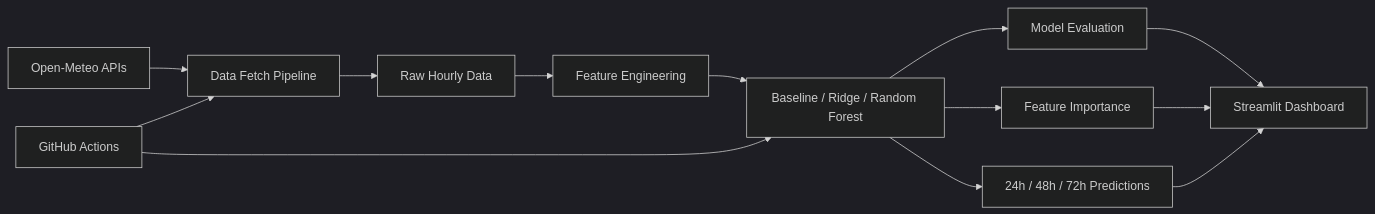
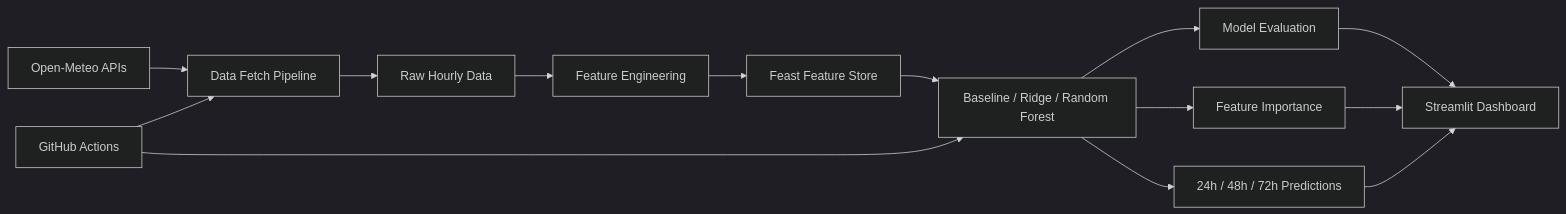
One commit to khizerrizvi12/Pearls-AQI-Predictor changed the diagram in README.md. Above: the diagram before and after it, drawn with Mermaid (dark theme). The commit also changed other lines of this file and 9 other files, not shown here.

Commit message:
Add Feast feature store

````diff
--- a/README.md
+++ b/README.md
@@ -13,15 +13,16 @@
 ```mermaid
 flowchart LR
     A["Open-Meteo APIs"] --> B["Data Fetch Pipeline"]
     B --> C["Raw Hourly Data"]
     C --> D["Feature Engineering"]
-    D --> E["Baseline / Ridge / Random Forest"]
+    D --> K["Feast Feature Store"]
+    K --> E["Baseline / Ridge / Random Forest"]
     E --> F["Model Evaluation"]
     E --> G["Feature Importance"]
     E --> H["24h / 48h / 72h Predictions"]
     F --> I["Streamlit Dashboard"]
     G --> I
     H --> I
     J["GitHub Actions"] --> B
     J --> E
 ```
````
